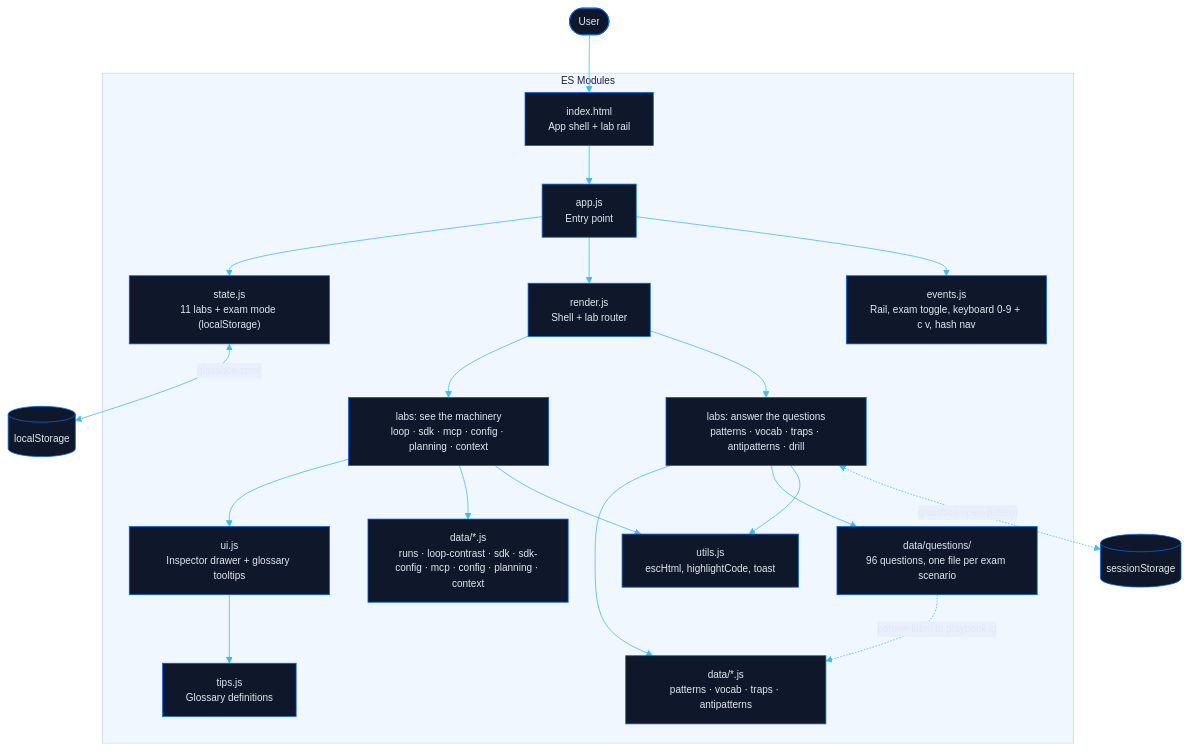
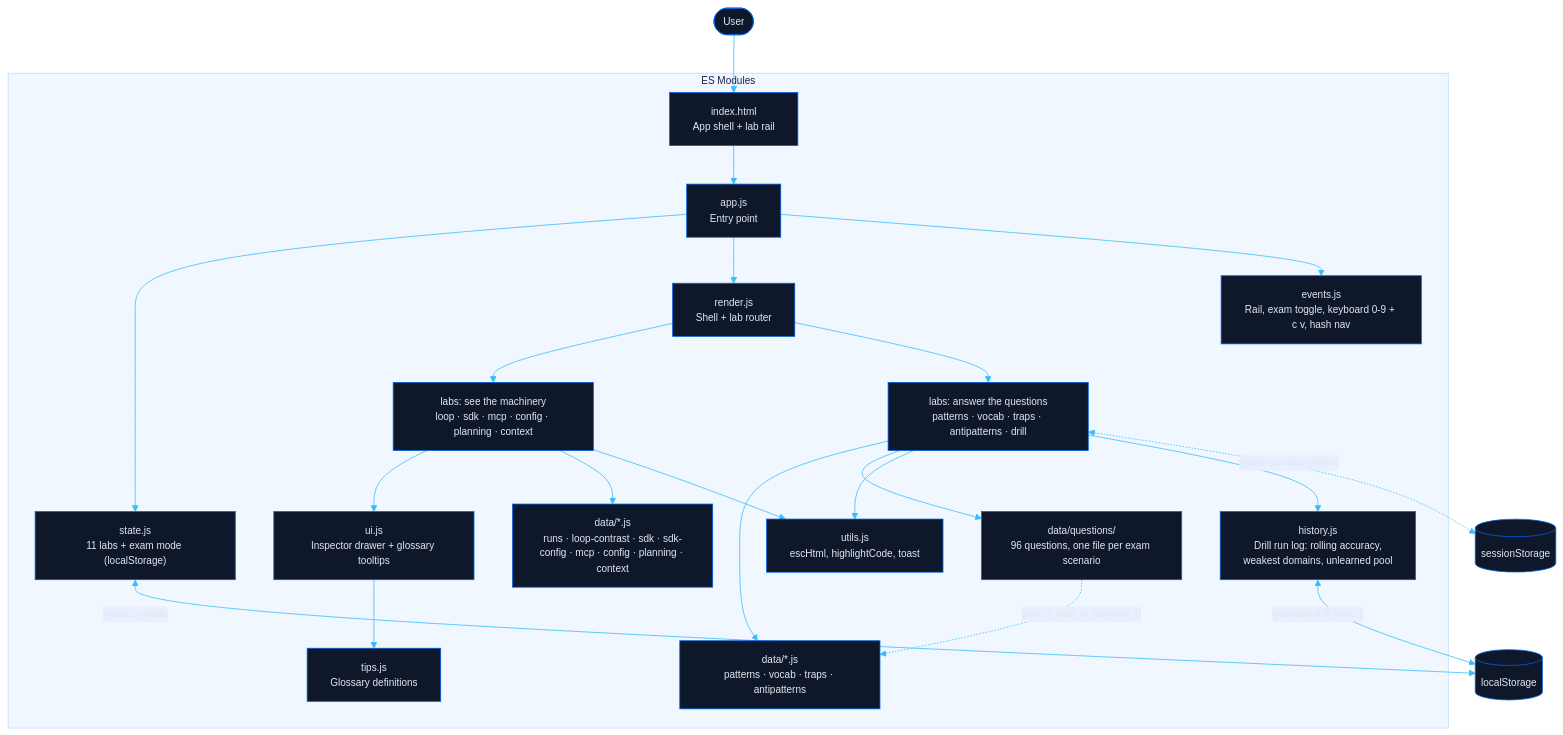
One commit to energon-a-secas/glassbox-site changed the diagram in docs/architecture.mmd. Above: the diagram before and after it, drawn with Mermaid. The commit also changed 25 other files, not shown here.

```diff
--- a/docs/architecture.mmd
+++ b/docs/architecture.mmd
@@ -1,44 +1,46 @@
 ---
 config:
   theme: base
   themeVariables:
     primaryColor: "#0f172a"
     primaryTextColor: "#e2e8f0"
     primaryBorderColor: "#0063e5"
     lineColor: "#38bdf8"
     secondaryColor: "#1e293b"
     tertiaryColor: "#1e293b"
     clusterBkg: "#f0f7ff"
     clusterBorder: "#bfdbfe"
     edgeLabelBackground: "#e8f0ff"
     mainBkg: "#0f172a"
     nodeBorder: "#0063e5"
     titleColor: "#1e1b4b"
     fontFamily: "ui-sans-serif, system-ui, -apple-system, sans-serif"
     fontSize: "13px"
 ---
 flowchart TB
     User([User]) --> HTML["index.html\nApp shell + lab rail"]
 
     subgraph App["ES Modules"]
         HTML --> app["app.js\nEntry point"]
         app --> state["state.js\n11 labs + exam mode (localStorage)"]
         app --> render["render.js\nShell + lab router"]
         app --> events["events.js\nRail, exam toggle, keyboard 0-9 + c v, hash nav"]
 
         render --> sims["labs: see the machinery\nloop · sdk · mcp · config · planning · context"]
         render --> study["labs: answer the questions\npatterns · vocab · traps · antipatterns · drill"]
 
         sims --> ui["ui.js\nInspector drawer + glossary tooltips"]
         sims --> simdata["data/*.js\nruns · loop-contrast · sdk · sdk-config · mcp · config · planning · context"]
         study --> studydata["data/*.js\npatterns · vocab · traps · antipatterns"]
         study --> qbank["data/questions/\n96 questions, one file per exam scenario"]
 
         sims --> utils["utils.js\nescHtml, highlightCode, toast"]
         study --> utils
         ui --> tips["tips.js\nGlossary definitions"]
+        study --> history["history.js\nDrill run log: rolling accuracy,\nweakest domains, unlearned pool"]
     end
 
     qbank -.->|"pattern label to playbook id"| studydata
     state <-->|"glassbox-state"| Storage[("localStorage")]
+    history <-->|"glassbox-drill-history"| Storage
     study <-.->|"glassbox-open-pattern"| Session[("sessionStorage")]
```
